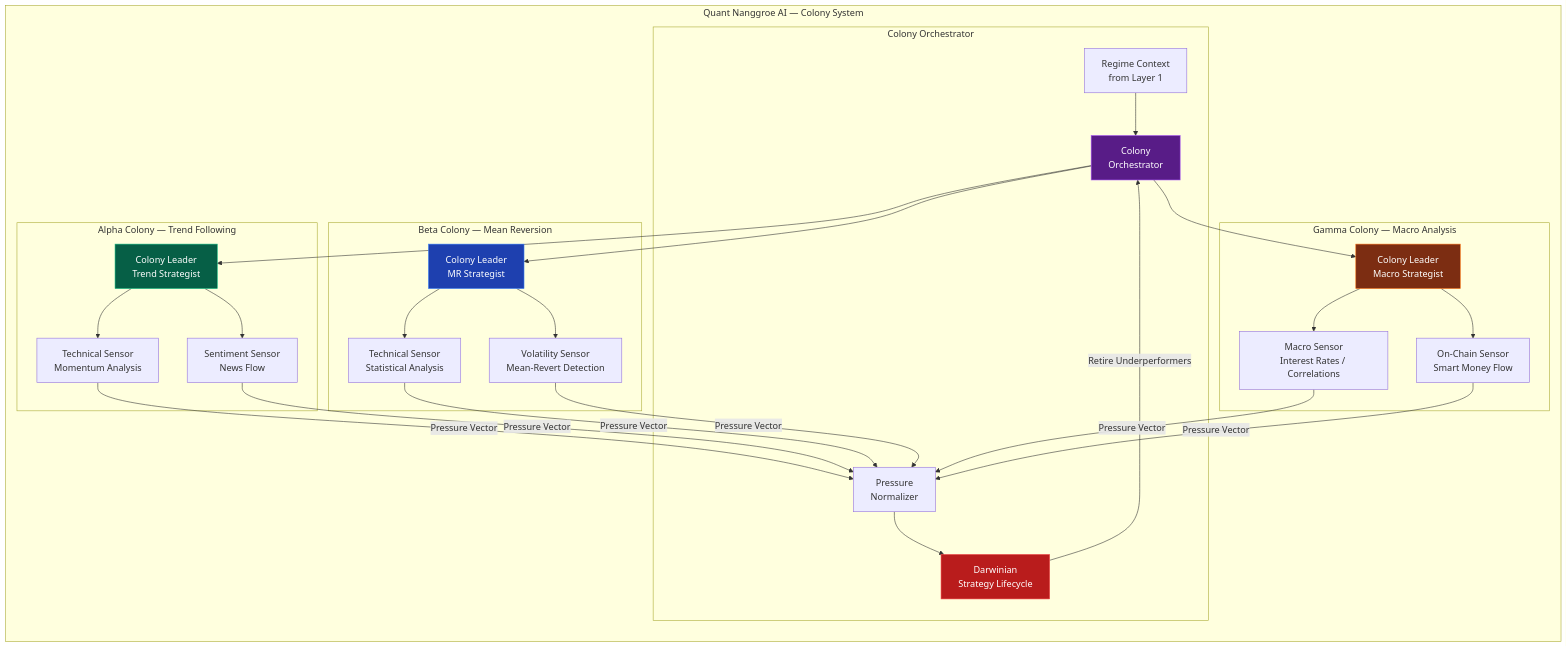
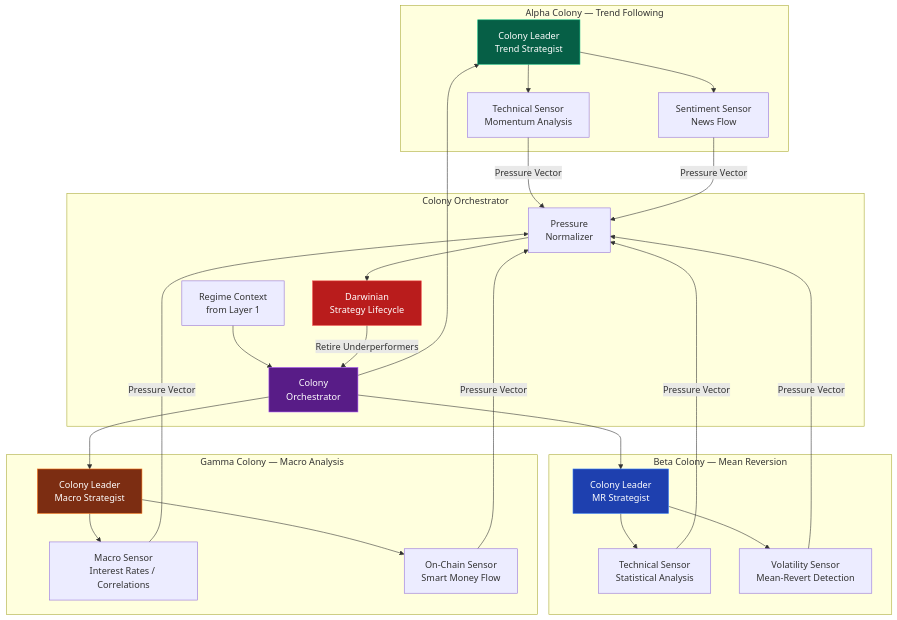
Before and after one commit to mulkymalikuldhrs/Quant-Nanggroe-AI: the second of 5 diagrams in README.md, drawn with Mermaid. The commit also changed other lines of this file and 1 other file, not shown here.

Commit message:
🎨 Upgrade: banner image + fixed Mermaid + animations + flow diagrams

````diff
--- a/README.md
+++ b/README.md
@@ -136,58 +136,54 @@
 ```mermaid
 graph TB
-    subgraph "Quant Nanggroe AI — Colony System"
-        direction TB
+    subgraph AlphaColony["Alpha Colony — Trend Following"]
+        AlphaLead["Colony Leader<br/>Trend Strategist"]
+        AlphaTech["Technical Sensor<br/>Momentum Analysis"]
+        AlphaSent["Sentiment Sensor<br/>News Flow"]
+        AlphaLead --> AlphaTech
+        AlphaLead --> AlphaSent
+    end
 
-        subgraph "Alpha Colony — Trend Following"
-            AlphaLead["Colony Leader<br/>Trend Strategist"]
-            AlphaTech["Technical Sensor<br/>Momentum Analysis"]
-            AlphaSent["Sentiment Sensor<br/>News Flow"]
-            AlphaLead --> AlphaTech
-            AlphaLead --> AlphaSent
-        end
+    subgraph BetaColony["Beta Colony — Mean Reversion"]
+        BetaLead["Colony Leader<br/>MR Strategist"]
+        BetaTech["Technical Sensor<br/>Statistical Analysis"]
+        BetaVol["Volatility Sensor<br/>Mean-Revert Detection"]
+        BetaLead --> BetaTech
+        BetaLead --> BetaVol
+    end
 
-        subgraph "Beta Colony — Mean Reversion"
-            BetaLead["Colony Leader<br/>MR Strategist"]
-            BetaTech["Technical Sensor<br/>Statistical Analysis"]
-            BetaVol["Volatility Sensor<br/>Mean-Revert Detection"]
-            BetaLead --> BetaTech
-            BetaLead --> BetaVol
-        end
+    subgraph GammaColony["Gamma Colony — Macro Analysis"]
+        GammaLead["Colony Leader<br/>Macro Strategist"]
+        GammaMacro["Macro Sensor<br/>Interest Rates / Correlations"]
+        GammaOnChain["On-Chain Sensor<br/>Smart Money Flow"]
+        GammaLead --> GammaMacro
+        GammaLead --> GammaOnChain
+    end
 
-        subgraph "Gamma Colony — Macro Analysis"
-            GammaLead["Colony Leader<br/>Macro Strategist"]
-            GammaMacro["Macro Sensor<br/>Interest Rates / Correlations"]
-            GammaOnChain["On-Chain Sensor<br/>Smart Money Flow"]
-            GammaLead --> GammaMacro
-            GammaLead --> GammaOnChain
-        end
+    subgraph OrchestratorGroup["Colony Orchestrator"]
+        Orchestrator["Colony<br/>Orchestrator"]
+        RegimeInput["Regime Context<br/>from Layer 1"]
+        PressureNorm["Pressure<br/>Normalizer"]
+        StrategyLife["Darwinian<br/>Strategy Lifecycle"]
+    end
 
-        subgraph "Colony Orchestrator"
-            Orchestrator["Colony<br/>Orchestrator"]
-            RegimeInput["Regime Context<br/>from Layer 1"]
-            PressureNorm["Pressure<br/>Normalizer"]
-            StrategyLife["Darwinian<br/>Strategy Lifecycle"]
-        end
+    RegimeInput --> Orchestrator
+    Orchestrator --> AlphaLead
+    Orchestrator --> BetaLead
+    Orchestrator --> GammaLead
 
-        RegimeInput --> Orchestrator
-        Orchestrator --> AlphaLead
-        Orchestrator --> BetaLead
-        Orchestrator --> GammaLead
+    AlphaTech -->|"Pressure Vector"| PressureNorm
+    AlphaSent -->|"Pressure Vector"| PressureNorm
+    BetaTech -->|"Pressure Vector"| PressureNorm
+    BetaVol -->|"Pressure Vector"| PressureNorm
+    GammaMacro -->|"Pressure Vector"| PressureNorm
+    GammaOnChain -->|"Pressure Vector"| PressureNorm
 
-        AlphaTech -->|"Pressure Vector"| PressureNorm
-        AlphaSent -->|"Pressure Vector"| PressureNorm
-        BetaTech -->|"Pressure Vector"| PressureNorm
-        BetaVol -->|"Pressure Vector"| PressureNorm
-        GammaMacro -->|"Pressure Vector"| PressureNorm
-        GammaOnChain -->|"Pressure Vector"| PressureNorm
-
-        PressureNorm --> StrategyLife
-        StrategyLife -->|"Retire Underperformers"| Orchestrator
-    end
+    PressureNorm --> StrategyLife
+    StrategyLife -->|"Retire Underperformers"| Orchestrator
 
     style AlphaLead fill:#065f46,stroke:#10b981,color:#fff
     style BetaLead fill:#1e40af,stroke:#3b82f6,color:#fff
     style GammaLead fill:#7c2d12,stroke:#f97316,color:#fff
     style Orchestrator fill:#581c87,stroke:#a855f7,color:#fff
     style StrategyLife fill:#b91c1c,stroke:#ef4444,color:#fff
 ```
````
